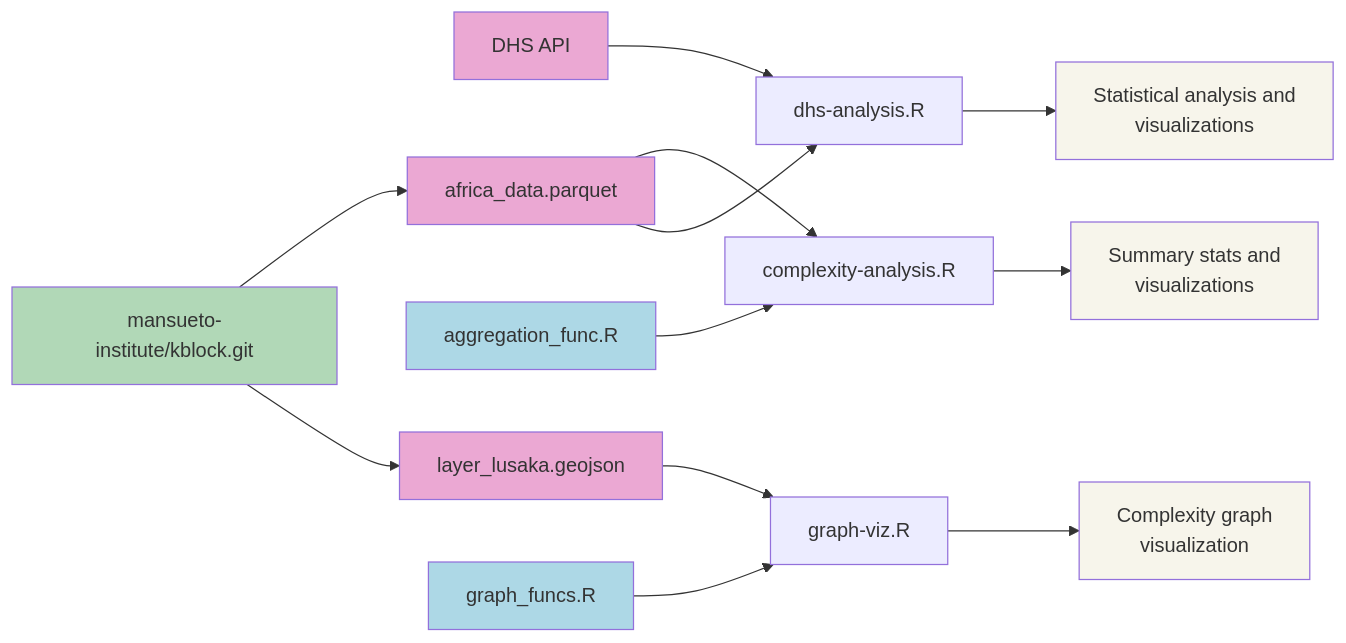
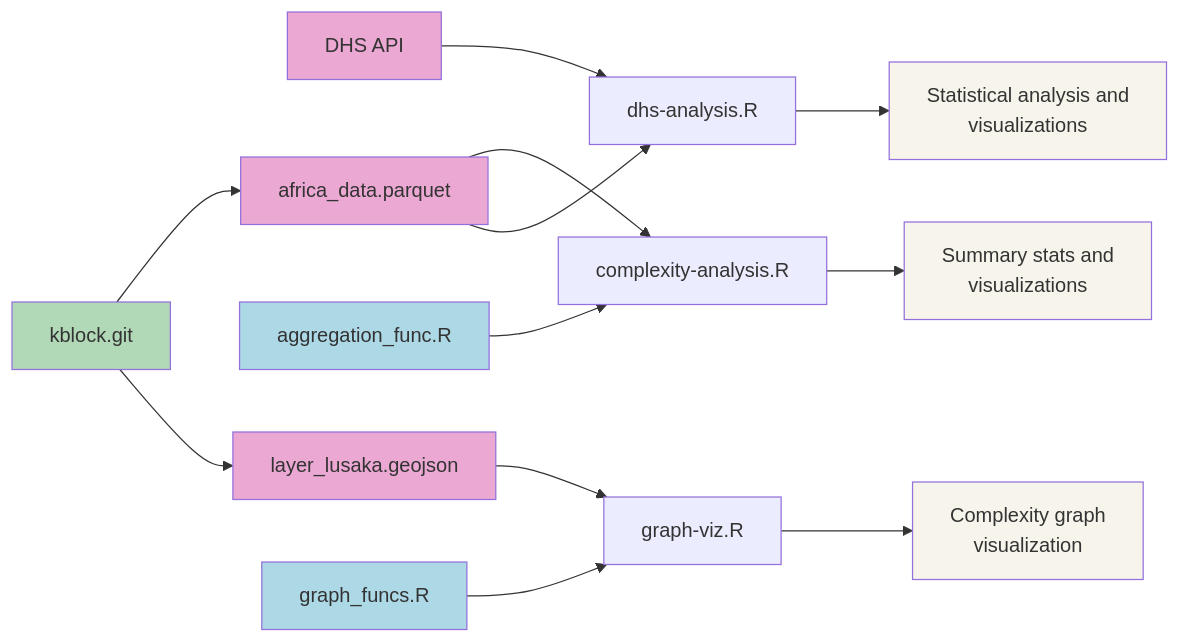
The diagram in ReadMe.md (mansueto-institute/kblock-analysis), drawn with Mermaid before and after one commit.

````diff
--- a/ReadMe.md
+++ b/ReadMe.md
@@ -22,28 +22,28 @@
 ```mermaid
 graph LR
 G[DHS API] --> C
 A[africa_data.parquet] --> B[complexity-analysis.R]
 E[aggregation_func.R] --> B
 A --> C[dhs-analysis.R]
 B --> Z[Summary stats and<br>visualizations]
 C --> X[Statistical analysis and<br>visualizations]
-Q[mansueto-institute/kblock.git] --> A
-Q[mansueto-institute/kblock.git] --> J
+Q[kblock.git] --> A
+Q[kblock.git] --> J
 
 F[graph_funcs.R] --> D[graph-viz.R]
 J[layer_lusaka.geojson] --> D
 D --> Y[Complexity graph<br>visualization]
 
 style A fill:#eba8d3
 style G fill:#eba8d3
 style J fill:#eba8d3
 
 style Z fill: #f7f5eb
 style X fill: #f7f5eb
 style Y fill: #f7f5eb
 
 style F fill: #ADD8E6
 style E fill: #ADD8E6
 
 style Q fill: #b1d8b7
 ```
````
